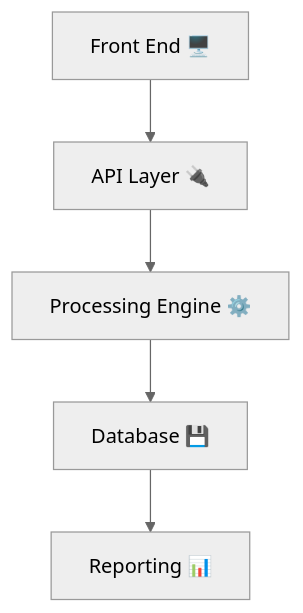
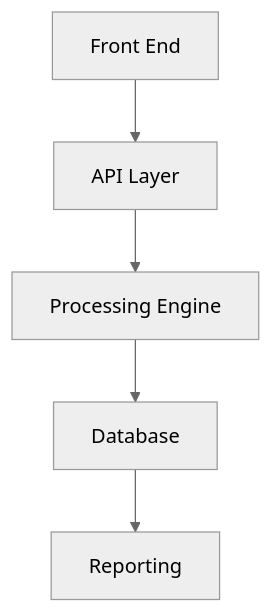
One commit to TheDataShrink/fisheries_project changed the diagram in appendix-a.qmd. Above: the diagram before and after it, drawn with Mermaid (neutral theme). The commit also changed 8 other files, not shown here.

````diff
--- a/appendix-a.qmd
+++ b/appendix-a.qmd
@@ -9,7 +9,7 @@
 ```{mermaid}
 graph TD
-    A[Front End 🖥️] --> B[API Layer 🔌]
-    B --> C[Processing Engine ⚙️]
-    C --> D[Database 💾]
-    D --> E[Reporting 📊]
+    A[Front End️] --> B[API Layer]
+    B --> C[Processing Engine️]
+    C --> D[Database]
+    D --> E[Reporting]
 ```
````
